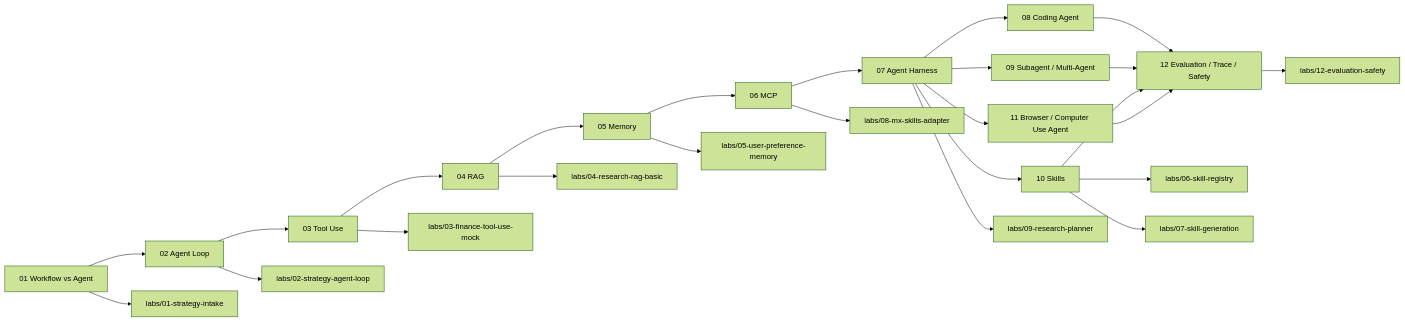
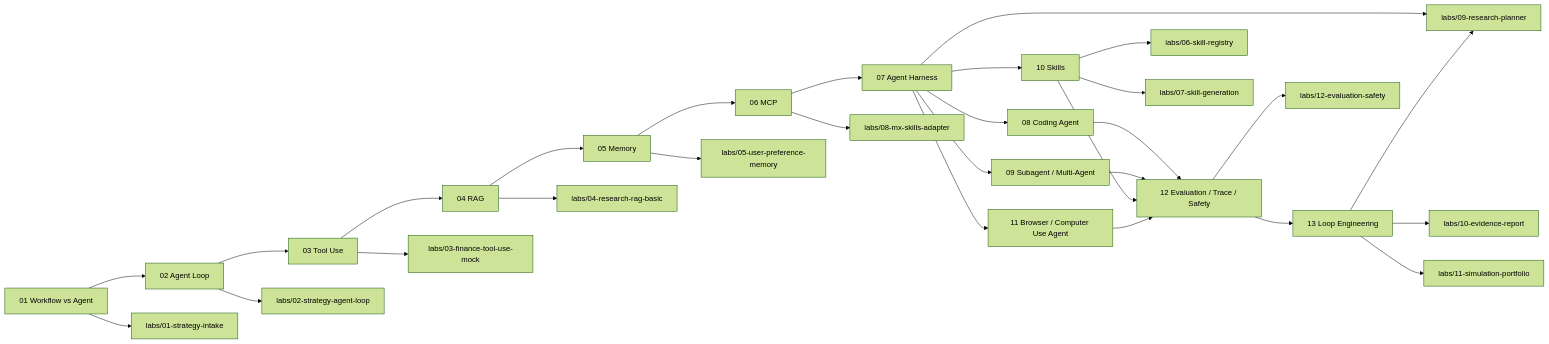
Before and after one commit to pittosporum-seu/Learning_Agent: the second of 4 diagrams in docs/document-graph.md, drawn with Mermaid (forest theme). The commit also changed other lines of this file and 18 other files, not shown here.

````diff
--- a/docs/document-graph.md
+++ b/docs/document-graph.md
@@ -45,28 +45,32 @@
 ```mermaid
 flowchart LR
     D01["01 Workflow vs Agent"] --> D02["02 Agent Loop"]
     D02 --> D03["03 Tool Use"]
     D03 --> D04["04 RAG"]
     D04 --> D05["05 Memory"]
     D05 --> D06["06 MCP"]
     D06 --> D07["07 Agent Harness"]
     D07 --> D08["08 Coding Agent"]
     D07 --> D09["09 Subagent / Multi-Agent"]
     D07 --> D10["10 Skills"]
     D07 --> D11["11 Browser / Computer Use Agent"]
     D08 --> D12["12 Evaluation / Trace / Safety"]
     D09 --> D12
     D10 --> D12
     D11 --> D12
+    D12 --> D13["13 Loop Engineering"]
 
     D01 --> L01["labs/01-strategy-intake"]
     D02 --> L02["labs/02-strategy-agent-loop"]
     D03 --> L03["labs/03-finance-tool-use-mock"]
     D04 --> L04["labs/04-research-rag-basic"]
     D05 --> L05["labs/05-user-preference-memory"]
     D06 --> L08["labs/08-mx-skills-adapter"]
     D07 --> L09["labs/09-research-planner"]
     D10 --> L06["labs/06-skill-registry"]
     D10 --> L07["labs/07-skill-generation"]
     D12 --> L12["labs/12-evaluation-safety"]
+    D13 --> L09
+    D13 --> L10["labs/10-evidence-report"]
+    D13 --> L11["labs/11-simulation-portfolio"]
 ```
````
